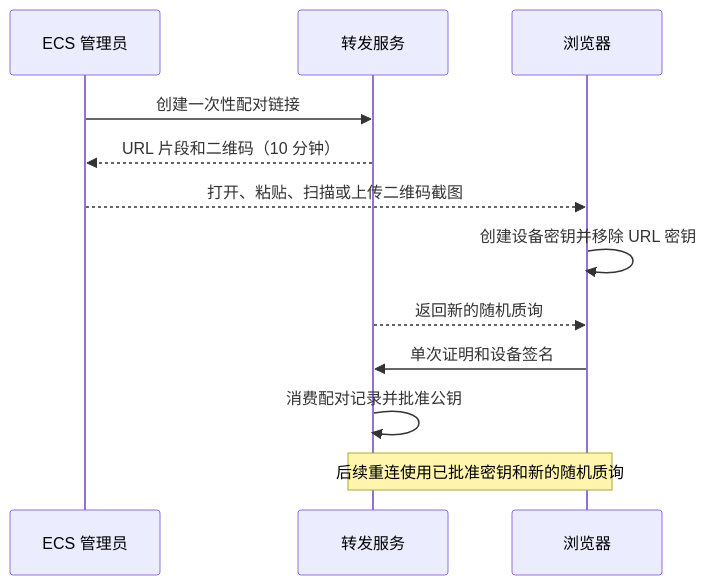
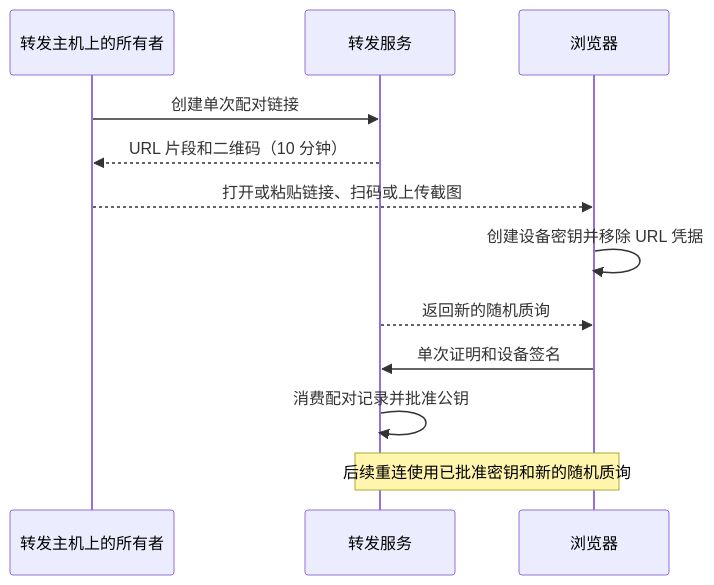
The diagram in docs/SECURITY.zh-CN.md (gaotong132/codex-anywhere), drawn with Mermaid before and after one commit. The commit also changed other lines of this file and 9 other files, not shown here.

````diff
--- a/docs/SECURITY.zh-CN.md
+++ b/docs/SECURITY.zh-CN.md
@@ -28,14 +37,14 @@
 ```mermaid
 sequenceDiagram
-    participant A as ECS 管理员
+    participant O as 转发主机上的所有者
     participant R as 转发服务
     participant B as 浏览器
-    A->>R: 创建一次性配对链接
-    R-->>A: URL 片段和二维码（10 分钟）
-    A-->>B: 打开、粘贴、扫描或上传二维码截图
-    B->>B: 创建设备密钥并移除 URL 密钥
+    O->>R: 创建单次配对链接
+    R-->>O: URL 片段和二维码（10 分钟）
+    O-->>B: 打开或粘贴链接、扫码或上传截图
+    B->>B: 创建设备密钥并移除 URL 凭据
     R-->>B: 返回新的随机质询
     B->>R: 单次证明和设备签名
     R->>R: 消费配对记录并批准公钥
     Note over B,R: 后续重连使用已批准密钥和新的随机质询
 ```
````
